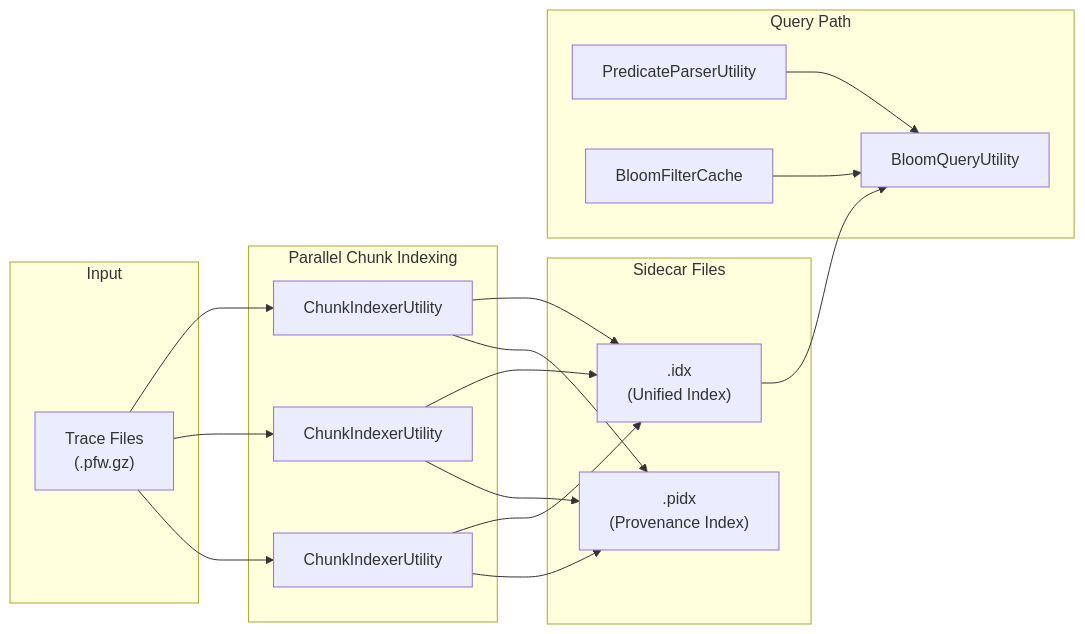
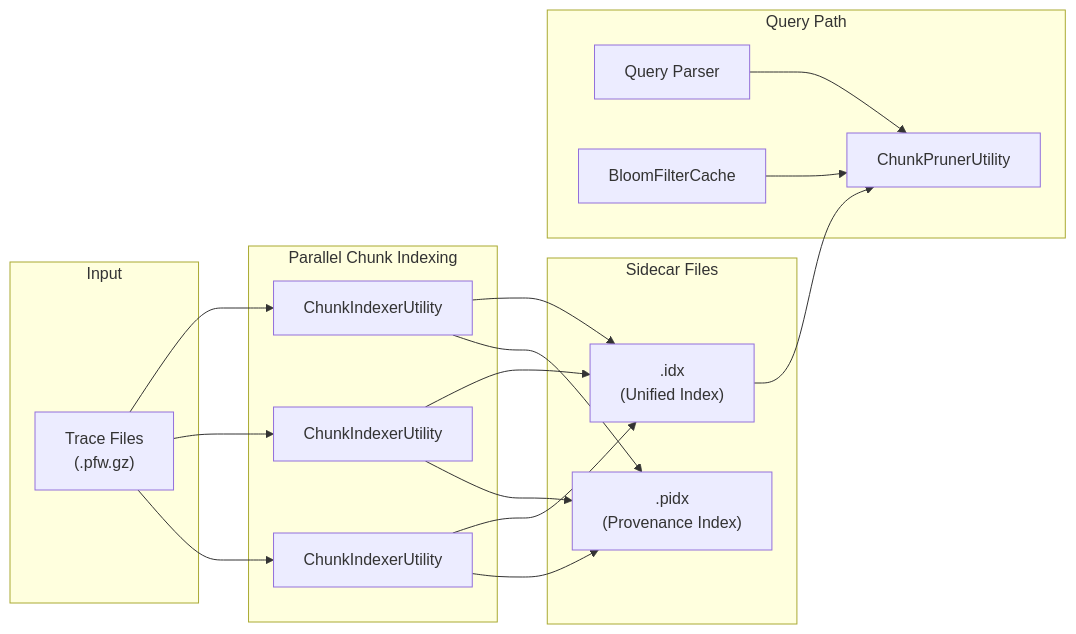
One commit to asparsa/ClarIOn changed the diagram in docs/source/cpp_api/dft_indexing.rst. Above: the diagram before and after it, drawn with Mermaid. The commit also changed other lines of this file and 14 other files, not shown here.

```diff
--- a/docs/source/cpp_api/dft_indexing.rst
+++ b/docs/source/cpp_api/dft_indexing.rst
@@ -12,36 +12,36 @@
 .. mermaid::
 
    graph LR
        subgraph Input
            Files["Trace Files<br/>(.pfw.gz)"]
        end
 
        subgraph Indexing["Parallel Chunk Indexing"]
            CI1["ChunkIndexerUtility"]
            CI2["ChunkIndexerUtility"]
            CIN["ChunkIndexerUtility"]
        end
 
        subgraph Storage["Sidecar Files"]
            IDX[".idx<br/>(Unified Index)"]
            PIDX[".pidx<br/>(Provenance Index)"]
        end
 
        subgraph Query["Query Path"]
-           PP["PredicateParserUtility"]
-           BQ["BloomQueryUtility"]
+           QP["Query Parser"]
+           CP["ChunkPrunerUtility"]
            Cache["BloomFilterCache"]
        end
 
        Files --> CI1
        Files --> CI2
        Files --> CIN
        CI1 --> IDX
        CI2 --> IDX
        CIN --> IDX
        CI1 --> PIDX
        CI2 --> PIDX
        CIN --> PIDX
-       PP --> BQ
-       IDX --> BQ
-       Cache --> BQ
+       QP --> CP
+       IDX --> CP
+       Cache --> CP
```
